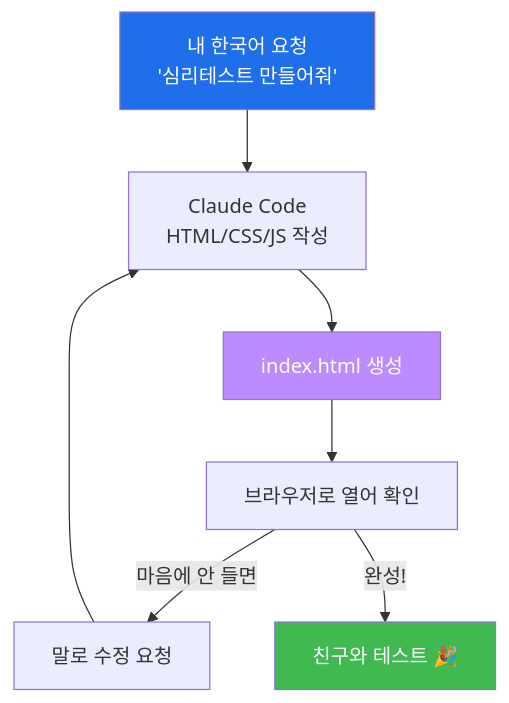
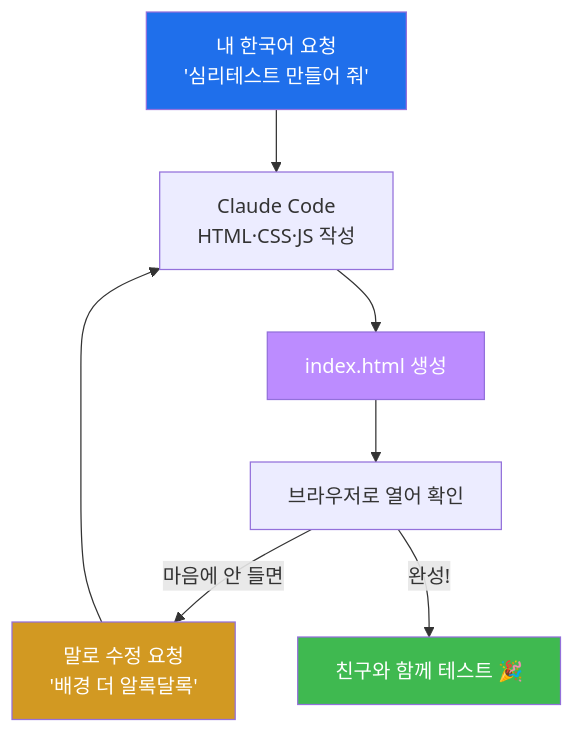
The fifth of 6 diagrams in contents/training/lecture_week02.md (mrgrit/easy_web_hacking_class), drawn with Mermaid before and after one commit. The commit also changed other lines of this file and 23 other files, not shown here.

````diff
--- a/contents/training/lecture_week02.md
+++ b/contents/training/lecture_week02.md
@@ -156,12 +591,17 @@
 ```mermaid
-graph TD
-    A["내 한국어 요청<br/>'심리테스트 만들어줘'"] --> B["Claude Code<br/>HTML/CSS/JS 작성"]
-    B --> C["index.html 생성"]
-    C --> D["브라우저로 열어 확인"]
-    D -->|"마음에 안 들면"| E["말로 수정 요청"]
+graph TB
+    A["내 한국어 요청<br/>'심리테스트 만들어 줘'"]
+    B["Claude Code<br/>HTML·CSS·JS 작성"]
+    C["index.html 생성"]
+    D["브라우저로 열어 확인"]
+    E["말로 수정 요청<br/>'배경 더 알록달록'"]
+    F["친구와 함께 테스트 🎉"]
+    A --> B --> C --> D
+    D -->|"마음에 안 들면"| E
     E --> B
-    D -->|"완성!"| F["친구와 테스트 🎉"]
+    D -->|"완성!"| F
     style A fill:#1f6feb,color:#fff
     style C fill:#bc8cff,color:#fff
+    style E fill:#d29922,color:#fff
     style F fill:#3fb950,color:#fff
 ```
````
